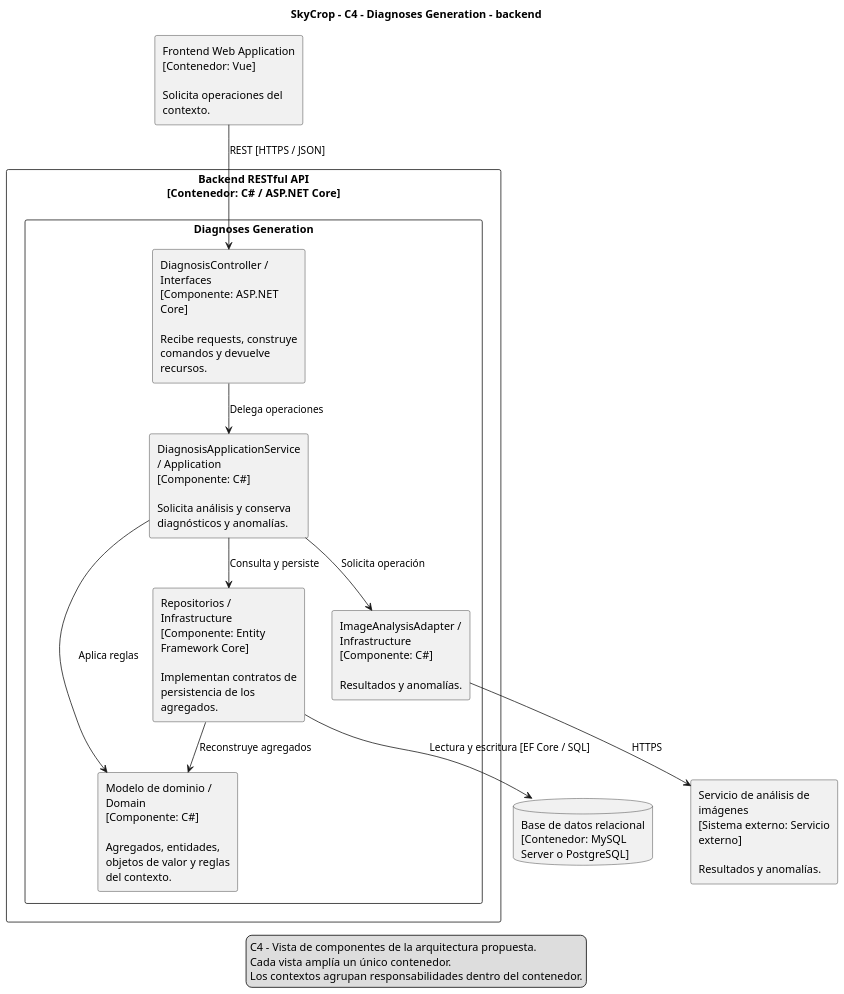
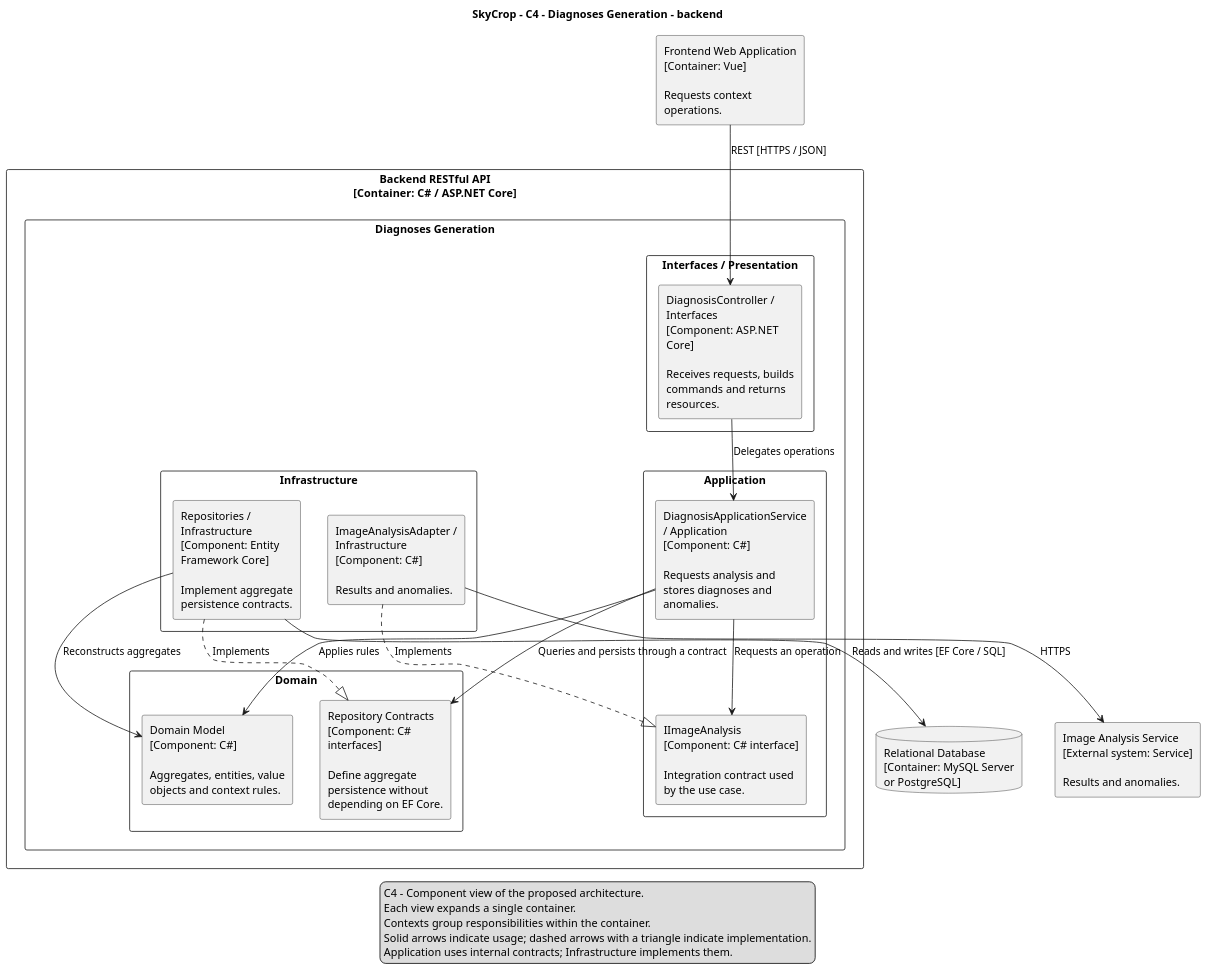
One commit to upc-GreenTech/skycrop-report changed the diagram in resources/imgs/Software Architecture Diagram/contexts/diagnoses-backend-components.puml. Above: the diagram before and after it, drawn with PlantUML. The commit also changed 36 other files, not shown here.

Commit message:
feature: organize component diagrams by layer and translate all labels into english.

```diff
--- a/resources/imgs/Software Architecture Diagram/contexts/diagnoses-backend-components.puml
+++ b/resources/imgs/Software Architecture Diagram/contexts/diagnoses-backend-components.puml
@@ -1,37 +1,51 @@
 @startuml
 skinparam monochrome true
 skinparam shadowing false
 skinparam dpi 120
 skinparam defaultFontName SansSerif
 skinparam componentStyle rectangle
 skinparam wrapWidth 180
 skinparam nodesep 35
 skinparam ranksep 45
 top to bottom direction
 title SkyCrop - C4 - Diagnoses Generation - backend
-component "Frontend Web Application\n[Contenedor: Vue]\n\nSolicita operaciones del contexto." as web
-rectangle "Backend RESTful API\n[Contenedor: C# / ASP.NET Core]" {
+component "Frontend Web Application\n[Container: Vue]\n\nRequests context operations." as web
+rectangle "Backend RESTful API\n[Container: C# / ASP.NET Core]" {
 rectangle "Diagnoses Generation" {
-component "DiagnosisController / Interfaces\n[Componente: ASP.NET Core]\n\nRecibe requests, construye comandos y devuelve recursos." as controller
-component "DiagnosisApplicationService / Application\n[Componente: C#]\n\nSolicita análisis y conserva diagnósticos y anomalías." as service
-component "Modelo de dominio / Domain\n[Componente: C#]\n\nAgregados, entidades, objetos de valor y reglas del contexto." as domain
-component "Repositorios / Infrastructure\n[Componente: Entity Framework Core]\n\nImplementan contratos de persistencia de los agregados." as repository
-component "ImageAnalysisAdapter / Infrastructure\n[Componente: C#]\n\nResultados y anomalías." as adapter
+rectangle "Interfaces / Presentation" {
+component "DiagnosisController / Interfaces\n[Component: ASP.NET Core]\n\nReceives requests, builds commands and returns resources." as controller
+}
+rectangle "Application" {
+component "DiagnosisApplicationService / Application\n[Component: C#]\n\nRequests analysis and stores diagnoses and anomalies." as service
+component "IImageAnalysis\n[Component: C# interface]\n\nIntegration contract used by the use case." as integrationContract
+}
+rectangle "Domain" {
+component "Domain Model\n[Component: C#]\n\nAggregates, entities, value objects and context rules." as domain
+component "Repository Contracts\n[Component: C# interfaces]\n\nDefine aggregate persistence without depending on EF Core." as repositoryContract
+}
+rectangle "Infrastructure" {
+component "Repositories / Infrastructure\n[Component: Entity Framework Core]\n\nImplement aggregate persistence contracts." as repository
+component "ImageAnalysisAdapter / Infrastructure\n[Component: C#]\n\nResults and anomalies." as adapter
 }
 }
-database "Base de datos relacional\n[Contenedor: MySQL Server o PostgreSQL]" as db
+}
+database "Relational Database\n[Container: MySQL Server or PostgreSQL]" as db
 web --> controller : REST [HTTPS / JSON]
-controller --> service : Delega operaciones
-service --> domain : Aplica reglas
-service --> repository : Consulta y persiste
-repository --> domain : Reconstruye agregados
-repository --> db : Lectura y escritura [EF Core / SQL]
-service --> adapter : Solicita operación
-component "Servicio de análisis de imágenes\n[Sistema externo: Servicio externo]\n\nResultados y anomalías." as provider
+controller --> service : Delegates operations
+service --> domain : Applies rules
+service --> repositoryContract : Queries and persists through a contract
+repository ..|> repositoryContract : Implements
+repository --> domain : Reconstructs aggregates
+repository --> db : Reads and writes [EF Core / SQL]
+service --> integrationContract : Requests an operation
+adapter ..|> integrationContract : Implements
+component "Image Analysis Service\n[External system: Service]\n\nResults and anomalies." as provider
 adapter --> provider : HTTPS
 legend bottom
-C4 - Vista de componentes de la arquitectura propuesta.
-Cada vista amplía un único contenedor.
-Los contextos agrupan responsabilidades dentro del contenedor.
+C4 - Component view of the proposed architecture.
+Each view expands a single container.
+Contexts group responsibilities within the container.
+Solid arrows indicate usage; dashed arrows with a triangle indicate implementation.
+Application uses internal contracts; Infrastructure implements them.
 endlegend
 @enduml
```
